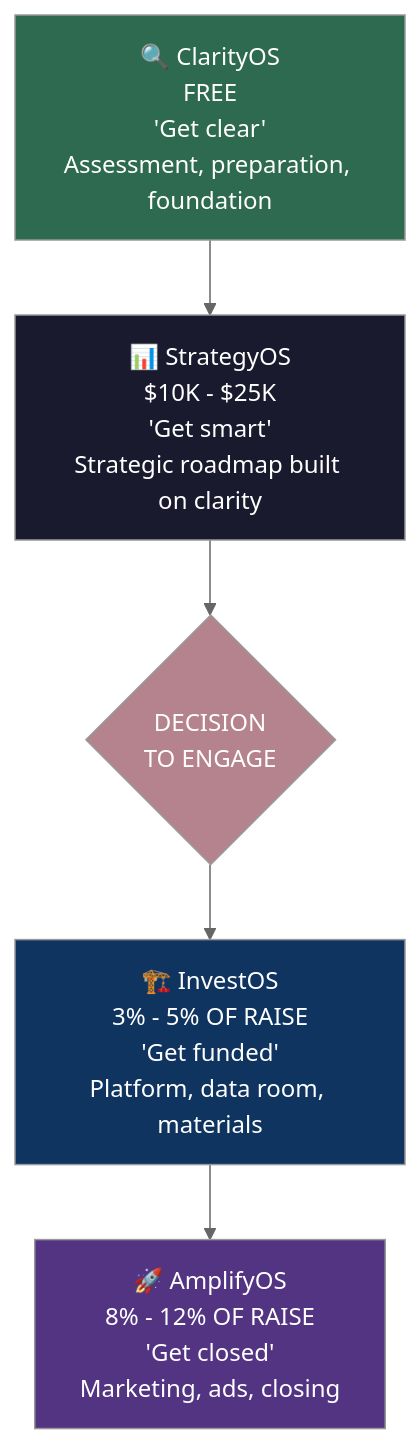
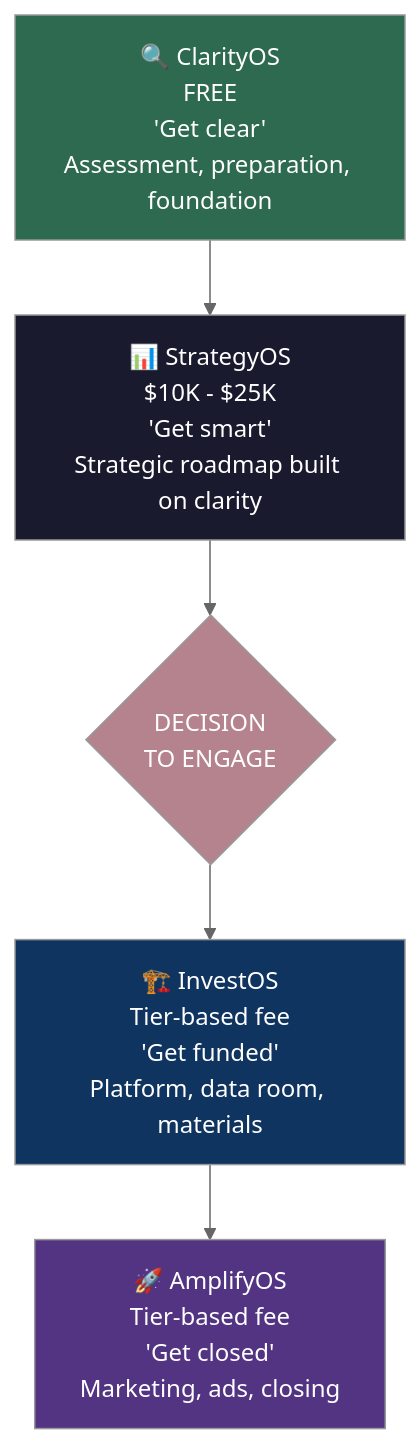
Before and after one commit to Light-Brands/qie: the second of 6 diagrams in docs/investos-revenue-channels-playbook-2026-03-05.md, drawn with Mermaid (neutral theme). The commit also changed other lines of this file and 2 other files, not shown here.

First line of the commit message:
Reframe all pricing as investment tier-based advisory fees

````diff
--- a/docs/investos-revenue-channels-playbook-2026-03-05.md
+++ b/docs/investos-revenue-channels-playbook-2026-03-05.md
@@ -117,16 +117,16 @@
 ```mermaid
 graph TD
     C["🔍 ClarityOS<br/>FREE<br/>'Get clear'<br/>Assessment, preparation, foundation"]
     S["📊 StrategyOS<br/>$10K - $25K<br/>'Get smart'<br/>Strategic roadmap built on clarity"]
     D{"DECISION<br/>TO ENGAGE"}
-    I["🏗️ InvestOS<br/>3% - 5% OF RAISE<br/>'Get funded'<br/>Platform, data room, materials"]
-    A["🚀 AmplifyOS<br/>8% - 12% OF RAISE<br/>'Get closed'<br/>Marketing, ads, closing"]
+    I["🏗️ InvestOS<br/>Tier-based fee<br/>'Get funded'<br/>Platform, data room, materials"]
+    A["🚀 AmplifyOS<br/>Tier-based fee<br/>'Get closed'<br/>Marketing, ads, closing"]
 
     C --> S --> D --> I --> A
 
     style C fill:#2d6a4f,color:#fff
     style S fill:#1a1a2e,color:#fff
     style D fill:#b5838d,color:#fff
     style I fill:#0f3460,color:#fff
     style A fill:#533483,color:#fff
 ```
````
